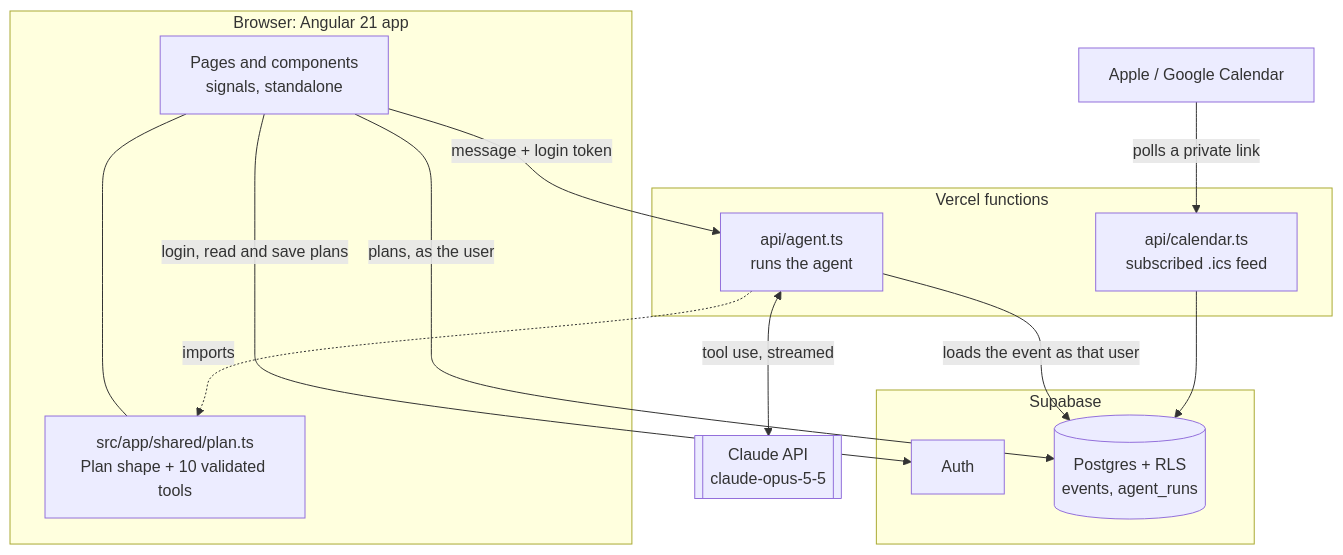
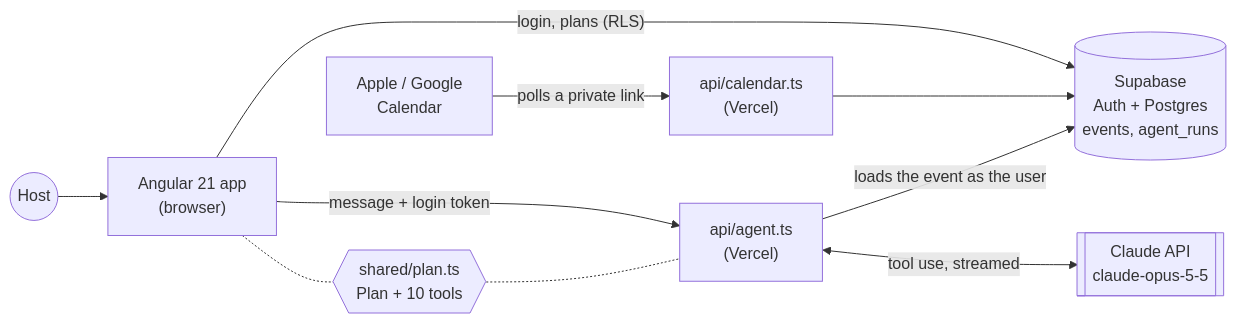
One commit to mitzitler/planit changed the second of 5 diagrams in README.md. Above: the diagram before and after it, drawn with Mermaid.

Commit message:
README: a simpler architecture diagram

````diff
--- a/README.md
+++ b/README.md
@@ -77,30 +77,12 @@
 ```mermaid
-flowchart TB
-    subgraph Browser["Browser: Angular 21 app"]
-        UI[Pages and components<br/>signals, standalone]
-        Shared["src/app/shared/plan.ts<br/>Plan shape + 10 validated tools"]
-        UI --- Shared
-    end
-
-    subgraph Vercel["Vercel functions"]
-        Agent["api/agent.ts<br/>runs the agent"]
-        Cal["api/calendar.ts<br/>subscribed .ics feed"]
-    end
-
-    subgraph Supabase["Supabase"]
-        Auth[Auth]
-        DB[(Postgres + RLS<br/>events, agent_runs)]
-    end
-
-    Claude[[Claude API<br/>claude-opus-5-5]]
-    Apps[Apple / Google Calendar]
-
-    UI -->|login, read and save plans| Auth
-    UI -->|plans, as the user| DB
-    UI -->|message + login token| Agent
-    Agent -->|loads the event as that user| DB
-    Agent <-->|tool use, streamed| Claude
-    Agent -.->|imports| Shared
-    Apps -->|polls a private link| Cal
-    Cal --> DB
+flowchart LR
+    Host((Host)) --> App["Angular 21 app<br/>(browser)"]
+    App -->|"login, plans (RLS)"| SB[("Supabase<br/>Auth + Postgres<br/>events, agent_runs")]
+    App -->|"message + login token"| Agent["api/agent.ts<br/>(Vercel)"]
+    Agent -->|"loads the event as the user"| SB
+    Agent <-->|"tool use, streamed"| Claude[["Claude API<br/>claude-opus-5-5"]]
+    App -.- Shared{{"shared/plan.ts<br/>Plan + 10 tools"}}
+    Shared -.- Agent
+    Apps["Apple / Google<br/>Calendar"] -->|"polls a private link"| Cal["api/calendar.ts<br/>(Vercel)"]
+    Cal --> SB
 ```
````
